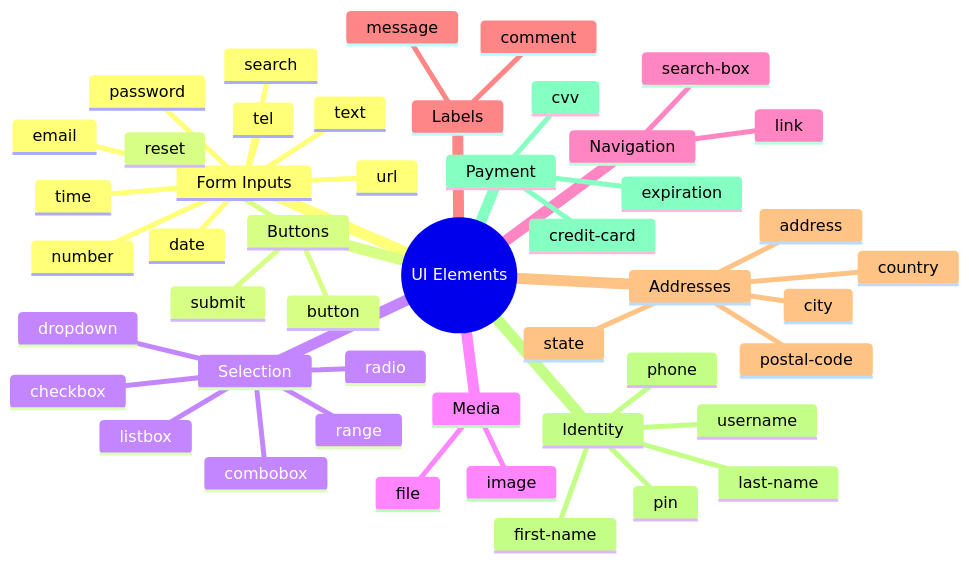
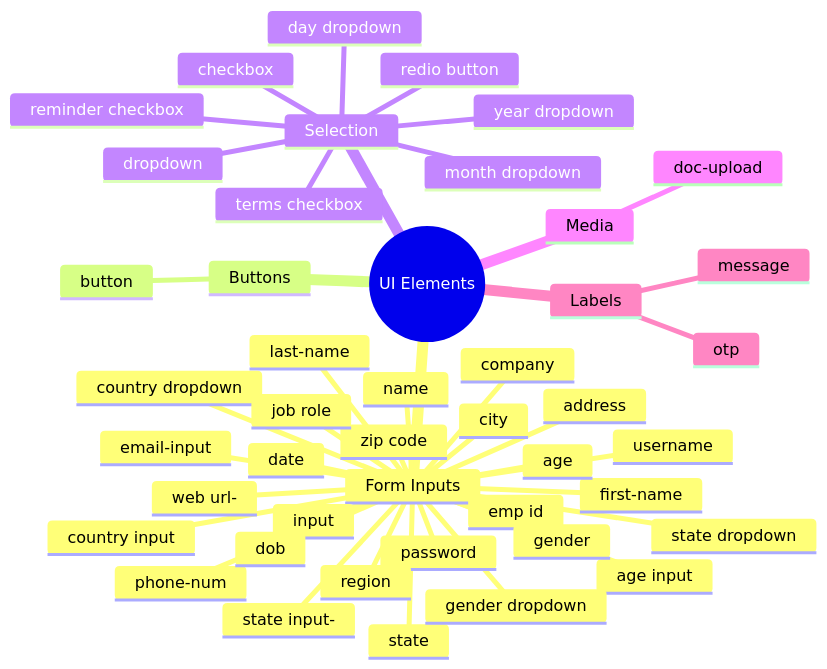
Before and after one commit to arifmoin522-a11y/ui-detection-browser: the fourth of 5 diagrams in README.md, drawn with Mermaid. The commit also changed other lines of this file and 5 other files, not shown here.

````diff
--- a/README.md
+++ b/README.md
@@ -230,50 +232,48 @@
 ```mermaid
 mindmap
   root((UI Elements))
     Form Inputs
-      text
-      email
+      input
+      email-input
       password
-      number
-      tel
-      url
-      search
-      date
-      time
-    Buttons
-      button
-      submit
-      reset
-    Selection
-      checkbox
-      radio
-      dropdown
-      combobox
-      listbox
-      range
-    Media
-      image
-      file
-    Navigation
-      link
-      search-box
-    Labels
-      message
-      comment
-    Addresses
+      phone-num
+      name
+      first-name
+      last-name
+      username
       address
       city
       state
-      country
-      postal-code
-    Identity
-      first-name
-      last-name
-      username
-      phone
-      pin
-    Payment
-      credit-card
-      cvv
-      expiration
+      state input-
+      zip code
+      country input
+      country dropdown
+      state dropdown
+      date
+      dob
+      age
+      age input
+      emp id
+      job role
+      gender
+      gender dropdown
+      company
+      web url-
+      region
+    Buttons
+      button
+    Selection
+      checkbox
+      terms checkbox
+      reminder checkbox
+      redio button
+      dropdown
+      day dropdown
+      month dropdown
+      year dropdown
+    Media
+      doc-upload
+    Labels
+      message
+      otp
 ```
````
